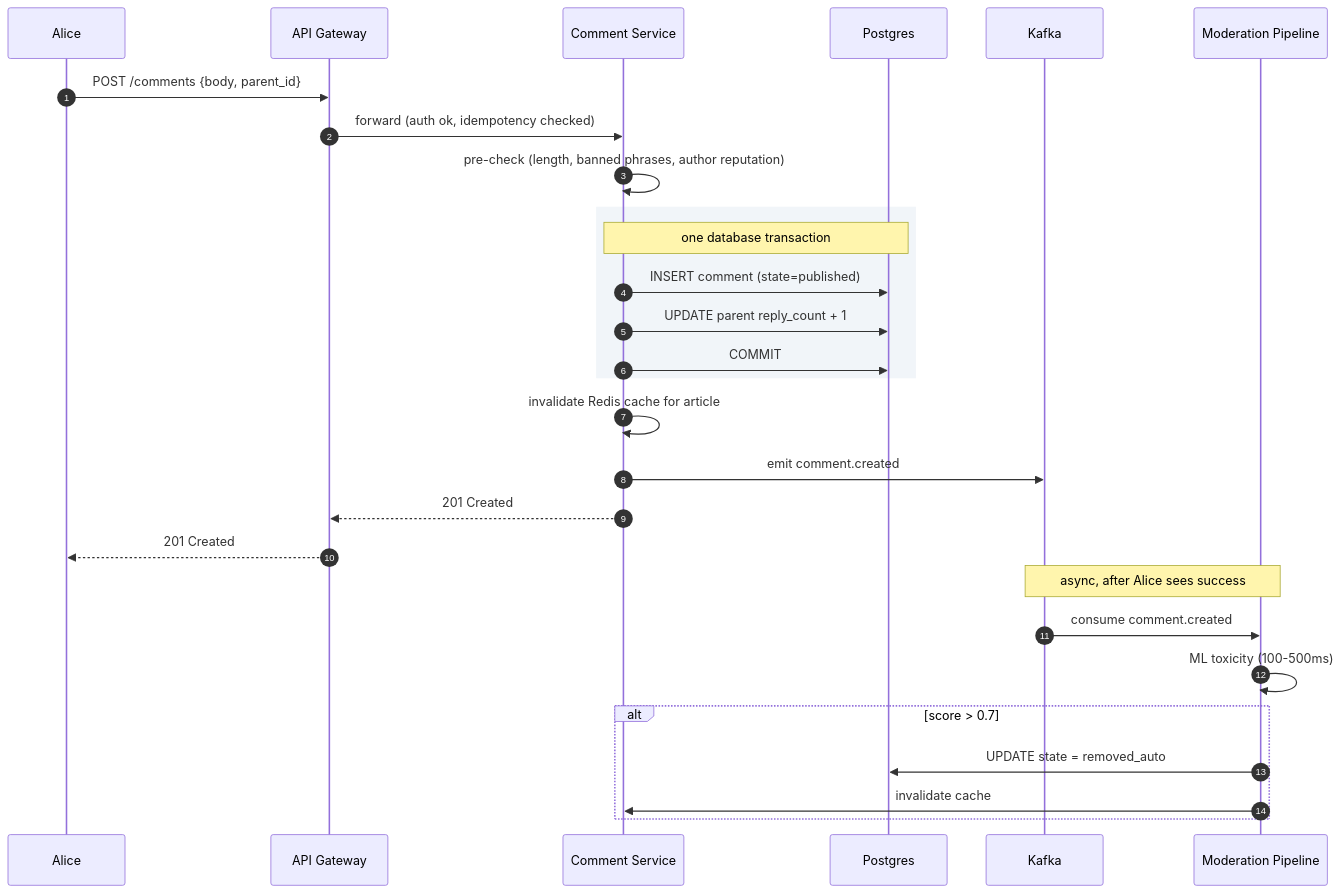
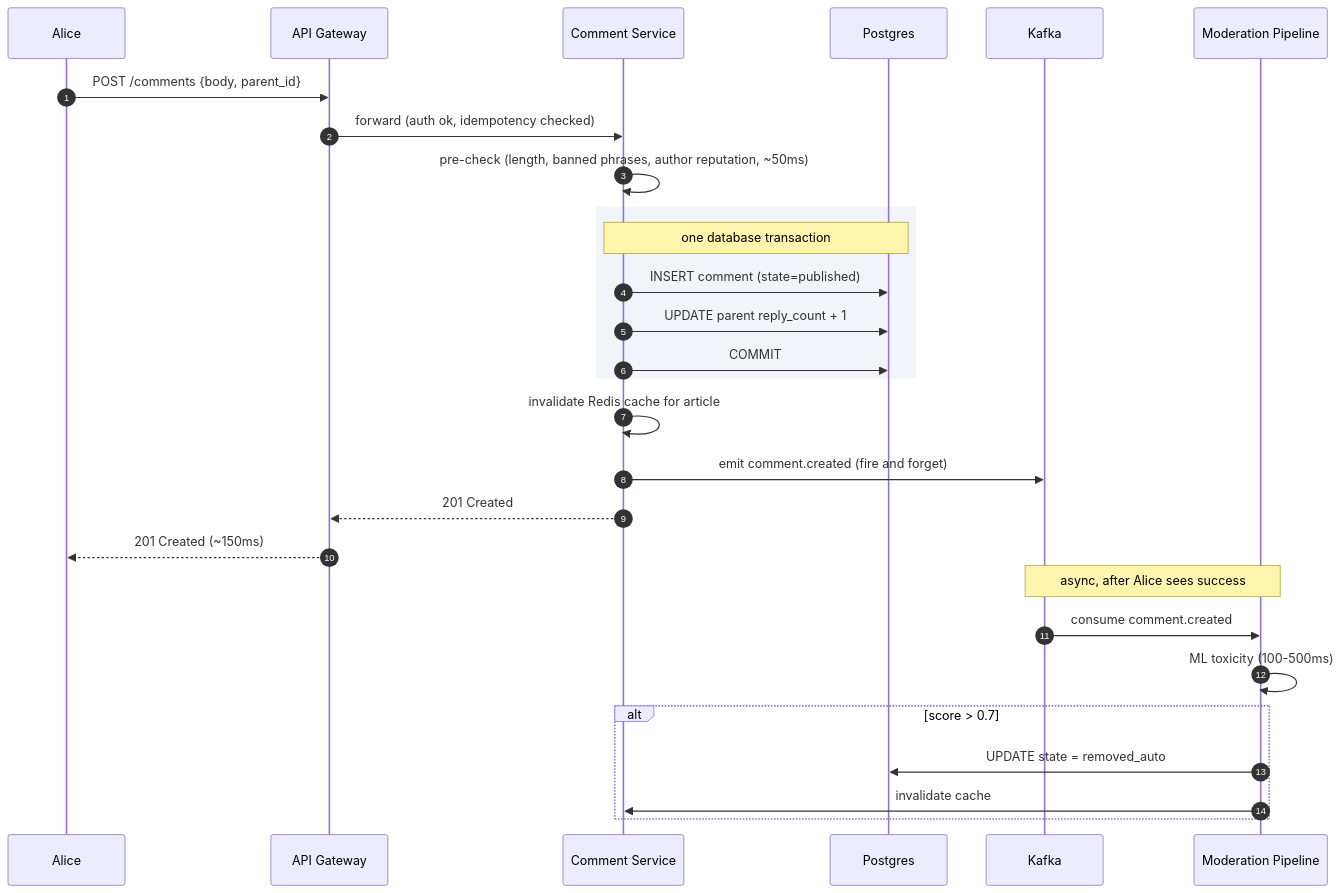
One commit to shiningflash/shiningflash.github.io changed diagram 14 of 15 in _practice/system-design/015-comment-system.md. Above: the diagram before and after it, drawn with Mermaid. The commit also changed other lines of this file and 18 other files, not shown here.

````diff
--- a/_practice/system-design/015-comment-system.md
+++ b/_practice/system-design/015-comment-system.md
@@ -990,34 +917,34 @@
 ```mermaid
 sequenceDiagram
     autonumber
     participant Alice
     participant GW as API Gateway
     participant CS as Comment Service
     participant DB as Postgres
     participant K as Kafka
     participant MOD as Moderation Pipeline
 
     Alice->>GW: POST /comments {body, parent_id}
     GW->>CS: forward (auth ok, idempotency checked)
-    CS->>CS: pre-check (length, banned phrases, author reputation)
+    CS->>CS: pre-check (length, banned phrases, author reputation, ~50ms)
 
     rect rgb(241, 245, 249)
         Note over CS,DB: one database transaction
         CS->>DB: INSERT comment (state=published)
         CS->>DB: UPDATE parent reply_count + 1
         CS->>DB: COMMIT
     end
 
     CS->>CS: invalidate Redis cache for article
-    CS->>K: emit comment.created
+    CS->>K: emit comment.created (fire and forget)
     CS-->>GW: 201 Created
-    GW-->>Alice: 201 Created
+    GW-->>Alice: 201 Created (~150ms)
 
     Note over K,MOD: async, after Alice sees success
     K->>MOD: consume comment.created
     MOD->>MOD: ML toxicity (100-500ms)
     alt score > 0.7
         MOD->>DB: UPDATE state = removed_auto
         MOD->>CS: invalidate cache
     end
 ```
````
